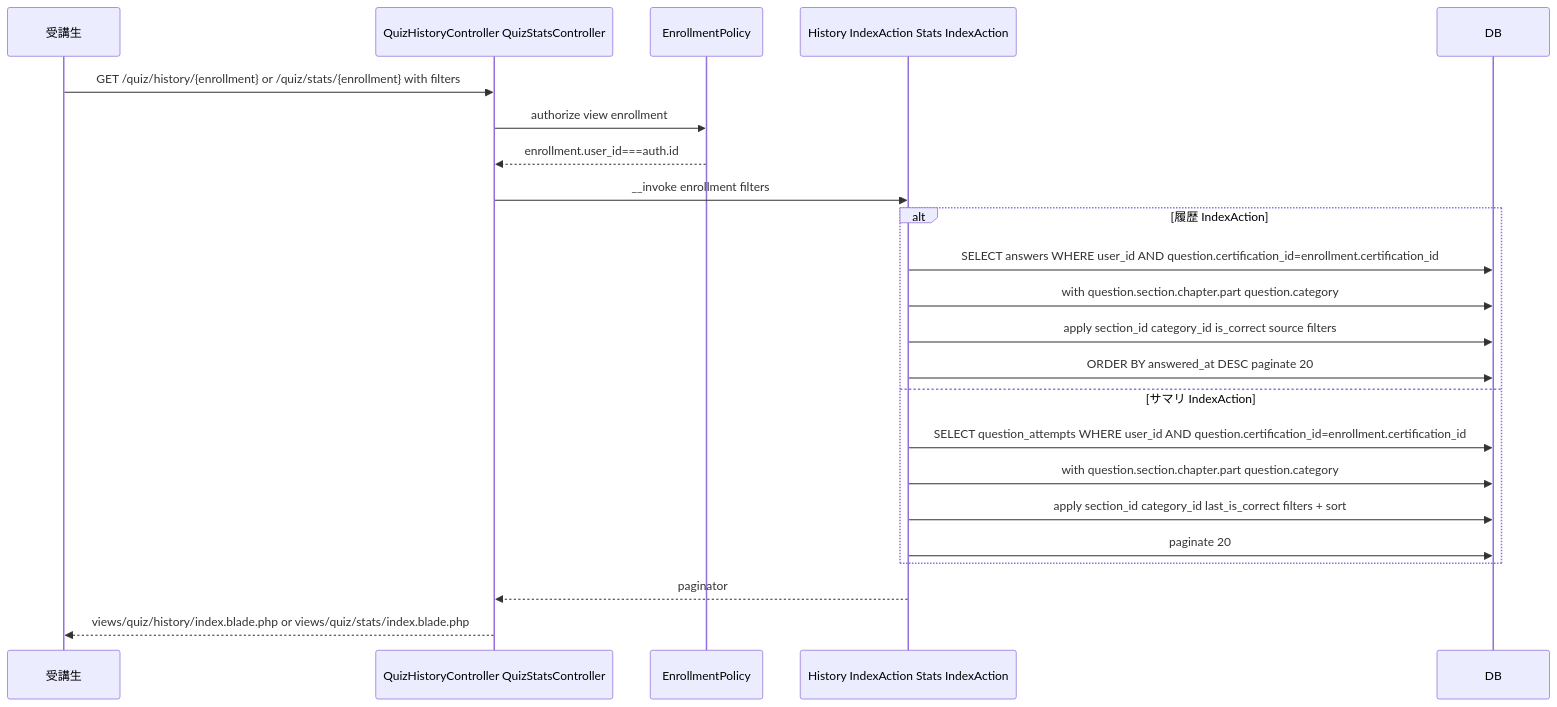
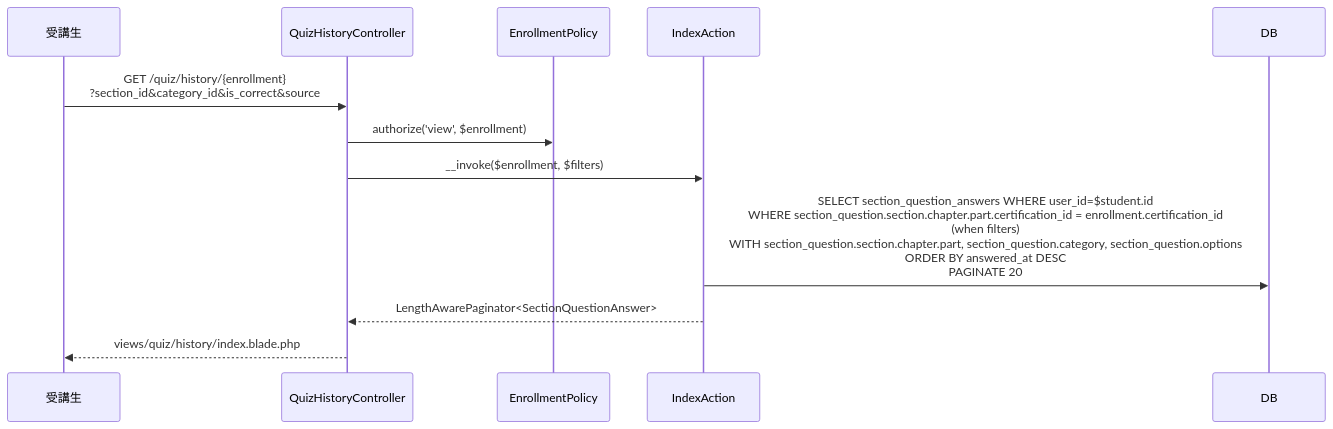
One commit to coachtech-mockcase-second/ExampleAnswer-mockcase-CertifyLMS changed the fourth of 5 diagrams in docs/specs/quiz-answering/design.md. Above: the diagram before and after it, drawn with Mermaid. The commit also changed other lines of this file and 67 other files, not shown here.

````diff
--- a/docs/specs/quiz-answering/design.md
+++ b/docs/specs/quiz-answering/design.md
@@ -201,26 +173,15 @@
 ```mermaid
 sequenceDiagram
     participant Student as 受講生
-    participant QHC as QuizHistoryController QuizStatsController
+    participant QHC as QuizHistoryController
     participant Pol as EnrollmentPolicy
-    participant HA as History IndexAction Stats IndexAction
+    participant IA as IndexAction
     participant DB as DB
 
-    Student->>QHC: GET /quiz/history/{enrollment} or /quiz/stats/{enrollment} with filters
-    QHC->>Pol: authorize view enrollment
-    Pol-->>QHC: enrollment.user_id===auth.id
-    QHC->>HA: __invoke enrollment filters
-    alt 履歴 IndexAction
-        HA->>DB: SELECT answers WHERE user_id AND question.certification_id=enrollment.certification_id
-        HA->>DB: with question.section.chapter.part question.category
-        HA->>DB: apply section_id category_id is_correct source filters
-        HA->>DB: ORDER BY answered_at DESC paginate 20
-    else サマリ IndexAction
-        HA->>DB: SELECT question_attempts WHERE user_id AND question.certification_id=enrollment.certification_id
-        HA->>DB: with question.section.chapter.part question.category
-        HA->>DB: apply section_id category_id last_is_correct filters + sort
-        HA->>DB: paginate 20
-    end
-    HA-->>QHC: paginator
-    QHC-->>Student: views/quiz/history/index.blade.php or views/quiz/stats/index.blade.php
+    Student->>QHC: GET /quiz/history/{enrollment}<br/>?section_id&category_id&is_correct&source
+    QHC->>Pol: authorize('view', $enrollment)
+    QHC->>IA: __invoke($enrollment, $filters)
+    IA->>DB: SELECT section_question_answers WHERE user_id=$student.id<br/>WHERE section_question.section.chapter.part.certification_id = enrollment.certification_id<br/>(when filters)<br/>WITH section_question.section.chapter.part, section_question.category, section_question.options<br/>ORDER BY answered_at DESC<br/>PAGINATE 20
+    IA-->>QHC: LengthAwarePaginator<SectionQuestionAnswer>
+    QHC-->>Student: views/quiz/history/index.blade.php
 ```
````
